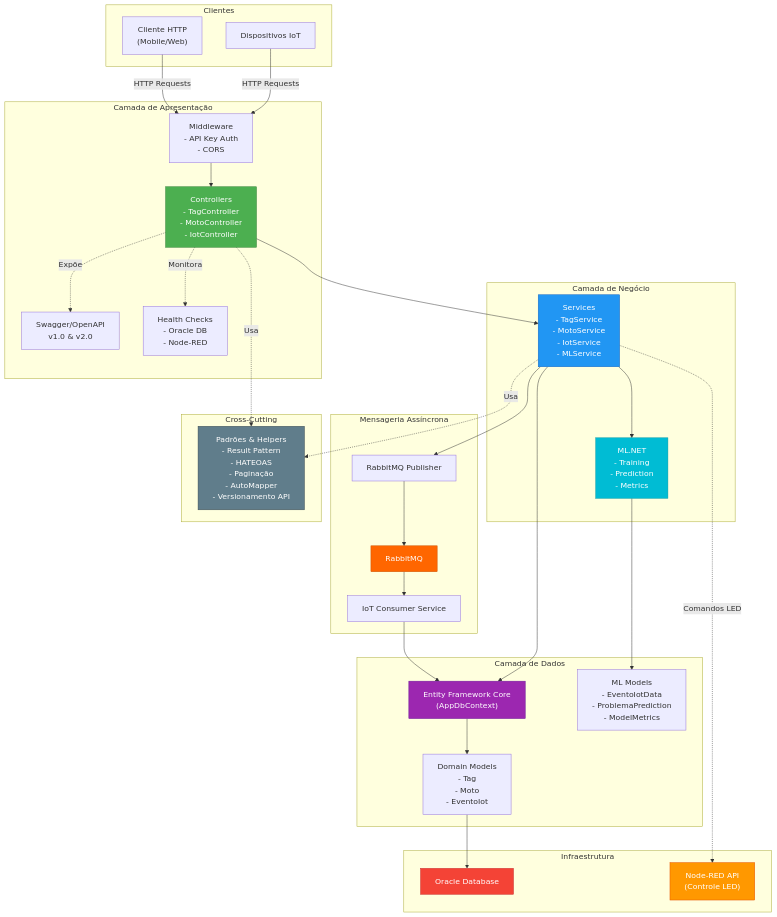
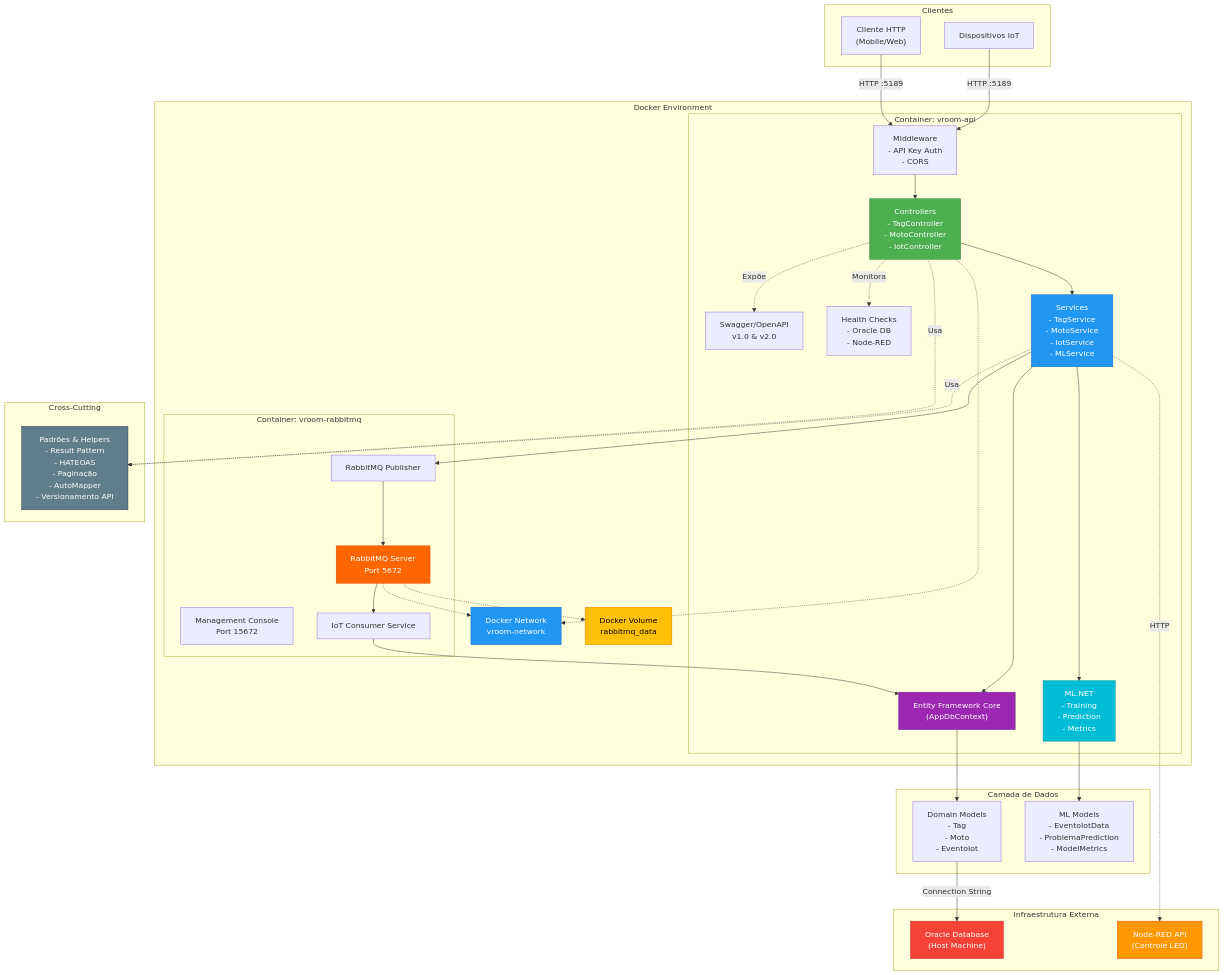
Before and after one commit to gabrielmarcello/VroomAPI: the first of 2 diagrams in README.md, drawn with Mermaid. The commit also changed other lines of this file, not shown here.

````diff
--- a/README.md
+++ b/README.md
@@ -508,69 +560,78 @@
 ```mermaid
 graph TB
     subgraph "Clientes"
         Client["Cliente HTTP<br/>(Mobile/Web)"]
         IoTDevice["Dispositivos IoT"]
     end
     
-    subgraph "Camada de Apresentação"
-        API["Controllers<br/>- TagController<br/>- MotoController<br/>- IotController"]
-        Auth["Middleware<br/>- API Key Auth<br/>- CORS"]
-        Swagger["Swagger/OpenAPI<br/>v1.0 & v2.0"]
-        Health["Health Checks<br/>- Oracle DB<br/>- Node-RED"]
-    end
-    
-    subgraph "Camada de Negócio"
-        Services["Services<br/>- TagService<br/>- MotoService<br/>- IotService<br/>- MLService"]
-        ML["ML.NET<br/>- Training<br/>- Prediction<br/>- Metrics"]
-    end
-    
-    subgraph "Mensageria Assíncrona"
-        RabbitMQ["RabbitMQ"]
-        Publisher["RabbitMQ Publisher"]
-        Consumer["IoT Consumer Service"]
+    subgraph "Docker Environment"
+        subgraph "Container: vroom-api"
+            API["Controllers<br/>- TagController<br/>- MotoController<br/>- IotController"]
+            Auth["Middleware<br/>- API Key Auth<br/>- CORS"]
+            Swagger["Swagger/OpenAPI<br/>v1.0 & v2.0"]
+            Health["Health Checks<br/>- Oracle DB<br/>- Node-RED"]
+            Services["Services<br/>- TagService<br/>- MotoService<br/>- IotService<br/>- MLService"]
+            ML["ML.NET<br/>- Training<br/>- Prediction<br/>- Metrics"]
+            EF["Entity Framework Core<br/>(AppDbContext)"]
+        end
+        
+        subgraph "Container: vroom-rabbitmq"
+            RabbitMQ["RabbitMQ Server<br/>Port 5672"]
+            RabbitMQMgmt["Management Console<br/>Port 15672"]
+            Publisher["RabbitMQ Publisher"]
+            Consumer["IoT Consumer Service"]
+        end
+        
+        Network["Docker Network<br/>vroom-network"]
+        Volume["Docker Volume<br/>rabbitmq_data"]
     end
     
     subgraph "Camada de Dados"
-        EF["Entity Framework Core<br/>(AppDbContext)"]
         Models["Domain Models<br/>- Tag<br/>- Moto<br/>- EventoIot"]
         MLModels["ML Models<br/>- EventoIotData<br/>- ProblemaPrediction<br/>- ModelMetrics"]
     end
     
-    subgraph "Infraestrutura"
-        DB["Oracle Database"]
+    subgraph "Infraestrutura Externa"
+        DB["Oracle Database<br/>(Host Machine)"]
         NodeRed["Node-RED API<br/>(Controle LED)"]
     end
     
     subgraph "Cross-Cutting"
         Patterns["Padrões & Helpers<br/>- Result Pattern<br/>- HATEOAS<br/>- Paginação<br/>- AutoMapper<br/>- Versionamento API"]
     end
     
-    Client -->|HTTP Requests| Auth
-    IoTDevice -->|HTTP Requests| Auth
+    Client -->|HTTP :5189| Auth
+    IoTDevice -->|HTTP :5189| Auth
     Auth --> API
     API --> Services
     Services --> ML
     Services --> Publisher
     Publisher --> RabbitMQ
     RabbitMQ --> Consumer
     Consumer --> EF
     Services --> EF
     EF --> Models
-    Models --> DB
+    Models -->|Connection String| DB
     ML --> MLModels
-    Services -.->|Comandos LED| NodeRed
+    Services -.->|HTTP| NodeRed
+    
+    RabbitMQ -.-> Volume
+    API -.-> Network
+    RabbitMQ -.-> Network
     
     API -.->|Usa| Patterns
     Services -.->|Usa| Patterns
     API -.->|Expõe| Swagger
     API -.->|Monitora| Health
     
     style API fill:#4CAF50,stroke:#2E7D32,color:#fff
     style Services fill:#2196F3,stroke:#1565C0,color:#fff
     style EF fill:#9C27B0,stroke:#6A1B9A,color:#fff
     style DB fill:#F44336,stroke:#C62828,color:#fff
     style NodeRed fill:#FF9800,stroke:#E65100,color:#fff
     style Patterns fill:#607D8B,stroke:#37474F,color:#fff
     style RabbitMQ fill:#FF6600,stroke:#CC5200,color:#fff
     style ML fill:#00BCD4,stroke:#0097A7,color:#fff
+    style Network fill:#2196F3,stroke:#1565C0,color:#fff
+    style Volume fill:#FFC107,stroke:#F57C00,color:#000
 ```
````
